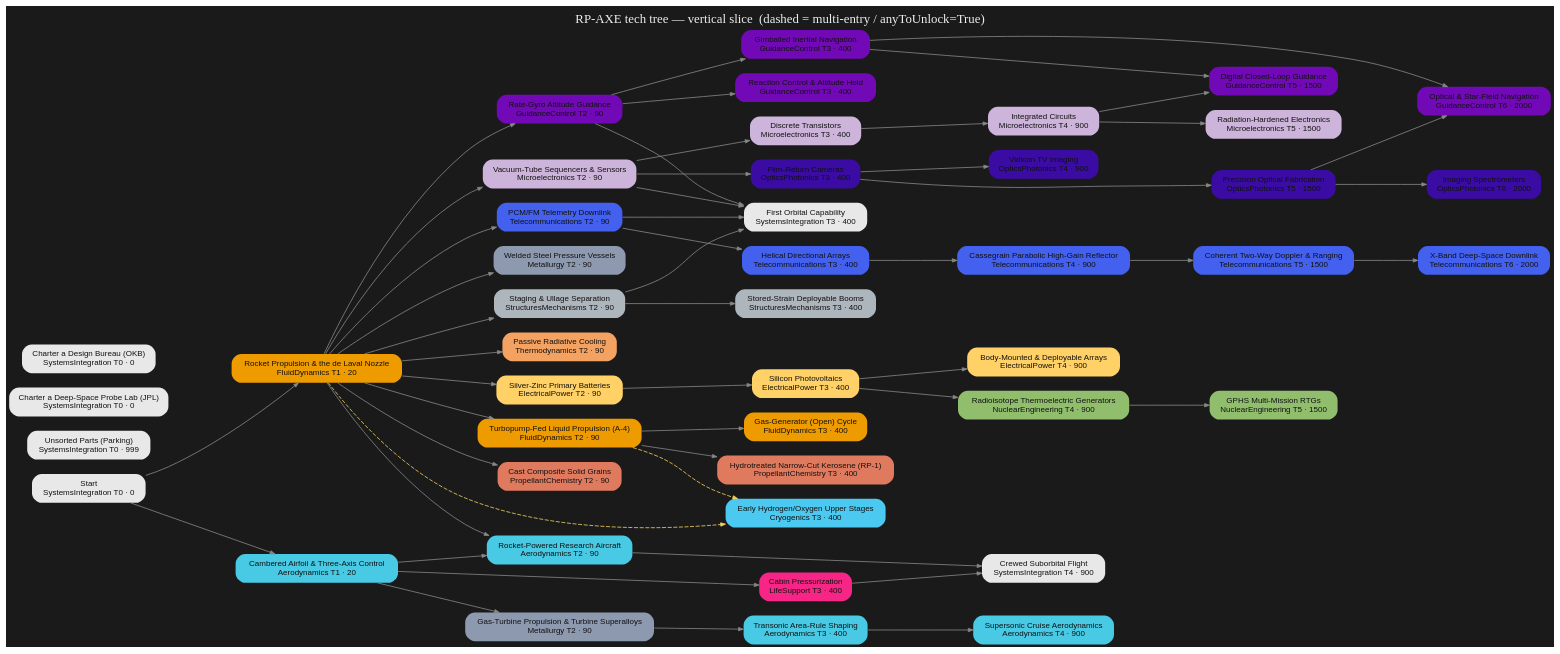
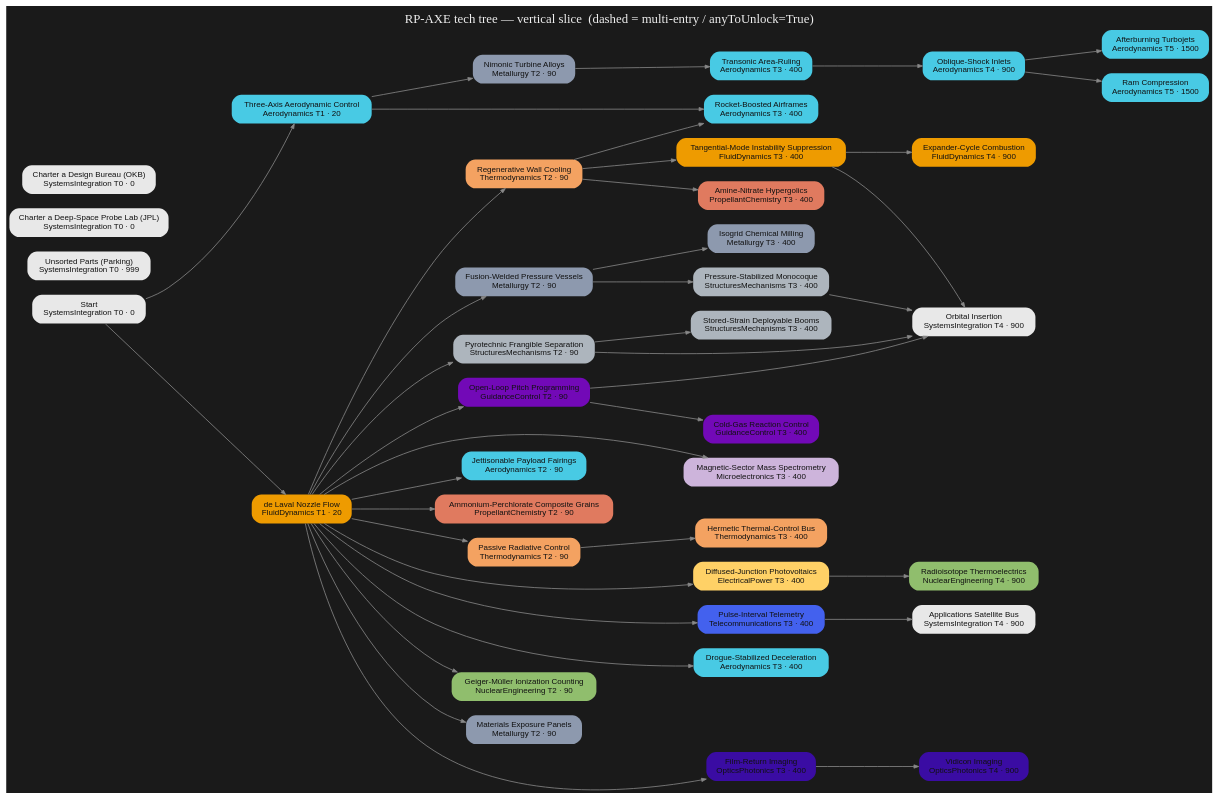
Before and after one commit to miskoltrans/RP-AXE: the diagram in tree/render/axe-tree.dot, drawn with Graphviz. The commit also changed 7 other files, not shown here.

```diff
--- a/tree/render/axe-tree.dot
+++ b/tree/render/axe-tree.dot
@@ -4,105 +4,86 @@
   edge[color="#888888",arrowsize=0.6];
   "start" [label="Start\nSystemsIntegration T0 · 0",fillcolor="#e8e8e8",fontcolor="#111111"];
   "parking" [label="Unsorted Parts (Parking)\nSystemsIntegration T0 · 999",fillcolor="#e8e8e8",fontcolor="#111111"];
-  "rocketryStart" [label="Rocket Propulsion & the de Laval Nozzle\nFluidDynamics T1 · 20",fillcolor="#ee9b00",fontcolor="#111111"];
-  "fd_turbopumpLiquid" [label="Turbopump-Fed Liquid Propulsion (A-4)\nFluidDynamics T2 · 90",fillcolor="#ee9b00",fontcolor="#111111"];
-  "pc_solidGrain" [label="Cast Composite Solid Grains\nPropellantChemistry T2 · 90",fillcolor="#e07a5f",fontcolor="#111111"];
-  "pc_kerosene" [label="Hydrotreated Narrow-Cut Kerosene (RP-1)\nPropellantChemistry T3 · 400",fillcolor="#e07a5f",fontcolor="#111111"];
-  "fd_gasGenerator" [label="Gas-Generator (Open) Cycle\nFluidDynamics T3 · 400",fillcolor="#ee9b00",fontcolor="#111111"];
-  "cryo_earlyHydrolox" [label="Early Hydrogen/Oxygen Upper Stages\nCryogenics T3 · 400",fillcolor="#4cc9f0",fontcolor="#111111"];
-  "str_stageSeparation" [label="Staging & Ullage Separation\nStructuresMechanisms T2 · 90",fillcolor="#adb5bd",fontcolor="#111111"];
-  "gnc_rateGyros" [label="Rate-Gyro Attitude Guidance\nGuidanceControl T2 · 90",fillcolor="#7209b7",fontcolor="#111111"];
-  "tel_pcmTelemetry" [label="PCM/FM Telemetry Downlink\nTelecommunications T2 · 90",fillcolor="#4361ee",fontcolor="#111111"];
-  "mic_vacuumTubes" [label="Vacuum-Tube Sequencers & Sensors\nMicroelectronics T2 · 90",fillcolor="#cdb4db",fontcolor="#111111"];
-  "met_weldedSteel" [label="Welded Steel Pressure Vessels\nMetallurgy T2 · 90",fillcolor="#8d99ae",fontcolor="#111111"];
-  "elec_silverZinc" [label="Silver-Zinc Primary Batteries\nElectricalPower T2 · 90",fillcolor="#ffd166",fontcolor="#111111"];
-  "elec_siliconPV" [label="Silicon Photovoltaics\nElectricalPower T3 · 400",fillcolor="#ffd166",fontcolor="#111111"];
-  "elec_bodyMountedArrays" [label="Body-Mounted & Deployable Arrays\nElectricalPower T4 · 900",fillcolor="#ffd166",fontcolor="#111111"];
-  "mic_transistor" [label="Discrete Transistors\nMicroelectronics T3 · 400",fillcolor="#cdb4db",fontcolor="#111111"];
-  "mic_integratedCircuit" [label="Integrated Circuits\nMicroelectronics T4 · 900",fillcolor="#cdb4db",fontcolor="#111111"];
-  "mic_radHardening" [label="Radiation-Hardened Electronics\nMicroelectronics T5 · 1500",fillcolor="#cdb4db",fontcolor="#111111"];
-  "tel_helicalDirectional" [label="Helical Directional Arrays\nTelecommunications T3 · 400",fillcolor="#4361ee",fontcolor="#111111"];
-  "tel_cassegrainHGA" [label="Cassegrain Parabolic High-Gain Reflector\nTelecommunications T4 · 900",fillcolor="#4361ee",fontcolor="#111111"];
-  "tel_dsnRanging" [label="Coherent Two-Way Doppler & Ranging\nTelecommunications T5 · 1500",fillcolor="#4361ee",fontcolor="#111111"];
-  "tel_xBandDownlink" [label="X-Band Deep-Space Downlink\nTelecommunications T6 · 2000",fillcolor="#4361ee",fontcolor="#111111"];
-  "gnc_reactionControl" [label="Reaction Control & Attitude Hold\nGuidanceControl T3 · 400",fillcolor="#7209b7",fontcolor="#111111"];
-  "gnc_inertialNav" [label="Gimballed Inertial Navigation\nGuidanceControl T3 · 400",fillcolor="#7209b7",fontcolor="#111111"];
-  "gnc_digitalGuidance" [label="Digital Closed-Loop Guidance\nGuidanceControl T5 · 1500",fillcolor="#7209b7",fontcolor="#111111"];
-  "gnc_opticalNav" [label="Optical & Star-Field Navigation\nGuidanceControl T6 · 2000",fillcolor="#7209b7",fontcolor="#111111"];
-  "opt_filmCameras" [label="Film-Return Cameras\nOpticsPhotonics T3 · 400",fillcolor="#3a0ca3",fontcolor="#111111"];
-  "opt_tvImaging" [label="Vidicon TV Imaging\nOpticsPhotonics T4 · 900",fillcolor="#3a0ca3",fontcolor="#111111"];
-  "opt_precisionOptics" [label="Precision Optical Fabrication\nOpticsPhotonics T5 · 1500",fillcolor="#3a0ca3",fontcolor="#111111"];
-  "opt_spectrometry" [label="Imaging Spectrometers\nOpticsPhotonics T6 · 2000",fillcolor="#3a0ca3",fontcolor="#111111"];
-  "th_passiveRadiators" [label="Passive Radiative Cooling\nThermodynamics T2 · 90",fillcolor="#f4a261",fontcolor="#111111"];
-  "nuc_rtg" [label="Radioisotope Thermoelectric Generators\nNuclearEngineering T4 · 900",fillcolor="#90be6d",fontcolor="#111111"];
-  "nuc_rtgAdvanced" [label="GPHS Multi-Mission RTGs\nNuclearEngineering T5 · 1500",fillcolor="#90be6d",fontcolor="#111111"];
-  "str_deployableBooms" [label="Stored-Strain Deployable Booms\nStructuresMechanisms T3 · 400",fillcolor="#adb5bd",fontcolor="#111111"];
-  "int_firstOrbit" [label="First Orbital Capability\nSystemsIntegration T3 · 400",fillcolor="#e8e8e8",fontcolor="#111111"];
   "hire_JPL" [label="Charter a Deep-Space Probe Lab (JPL)\nSystemsIntegration T0 · 0",fillcolor="#e8e8e8",fontcolor="#111111"];
   "hire_OKB" [label="Charter a Design Bureau (OKB)\nSystemsIntegration T0 · 0",fillcolor="#e8e8e8",fontcolor="#111111"];
-  "xplaneStart" [label="Cambered Airfoil & Three-Axis Control\nAerodynamics T1 · 20",fillcolor="#48cae4",fontcolor="#111111"];
-  "met_turbojet" [label="Gas-Turbine Propulsion & Turbine Superalloys\nMetallurgy T2 · 90",fillcolor="#8d99ae",fontcolor="#111111"];
-  "aero_transonicFlight" [label="Transonic Area-Rule Shaping\nAerodynamics T3 · 400",fillcolor="#48cae4",fontcolor="#111111"];
-  "aero_supersonicCruise" [label="Supersonic Cruise Aerodynamics\nAerodynamics T4 · 900",fillcolor="#48cae4",fontcolor="#111111"];
-  "aero_rocketplane" [label="Rocket-Powered Research Aircraft\nAerodynamics T2 · 90",fillcolor="#48cae4",fontcolor="#111111"];
-  "life_pressurizedCabin" [label="Cabin Pressurization\nLifeSupport T3 · 400",fillcolor="#f72585",fontcolor="#111111"];
-  "int_crewedSuborbital" [label="Crewed Suborbital Flight\nSystemsIntegration T4 · 900",fillcolor="#e8e8e8",fontcolor="#111111"];
+  "rocketryStart" [label="de Laval Nozzle Flow\nFluidDynamics T1 · 20",fillcolor="#ee9b00",fontcolor="#111111"];
+  "th_regenCooling" [label="Regenerative Wall Cooling\nThermodynamics T2 · 90",fillcolor="#f4a261",fontcolor="#111111"];
+  "fd_combustionStability" [label="Tangential-Mode Instability Suppression\nFluidDynamics T3 · 400",fillcolor="#ee9b00",fontcolor="#111111"];
+  "pc_hypergolics" [label="Amine-Nitrate Hypergolics\nPropellantChemistry T3 · 400",fillcolor="#e07a5f",fontcolor="#111111"];
+  "fd_expanderCycle" [label="Expander-Cycle Combustion\nFluidDynamics T4 · 900",fillcolor="#ee9b00",fontcolor="#111111"];
+  "pc_solidGrains" [label="Ammonium-Perchlorate Composite Grains\nPropellantChemistry T2 · 90",fillcolor="#e07a5f",fontcolor="#111111"];
+  "met_weldedTank" [label="Fusion-Welded Pressure Vessels\nMetallurgy T2 · 90",fillcolor="#8d99ae",fontcolor="#111111"];
+  "met_isogrid" [label="Isogrid Chemical Milling\nMetallurgy T3 · 400",fillcolor="#8d99ae",fontcolor="#111111"];
+  "str_balloonTank" [label="Pressure-Stabilized Monocoque\nStructuresMechanisms T3 · 400",fillcolor="#adb5bd",fontcolor="#111111"];
+  "str_staging" [label="Pyrotechnic Frangible Separation\nStructuresMechanisms T2 · 90",fillcolor="#adb5bd",fontcolor="#111111"];
+  "gnc_pitchProgram" [label="Open-Loop Pitch Programming\nGuidanceControl T2 · 90",fillcolor="#7209b7",fontcolor="#111111"];
+  "int_orbitalInsertion" [label="Orbital Insertion\nSystemsIntegration T4 · 900",fillcolor="#e8e8e8",fontcolor="#111111"];
+  "th_radiativeControl" [label="Passive Radiative Control\nThermodynamics T2 · 90",fillcolor="#f4a261",fontcolor="#111111"];
+  "th_hermeticBus" [label="Hermetic Thermal-Control Bus\nThermodynamics T3 · 400",fillcolor="#f4a261",fontcolor="#111111"];
+  "elec_siliconPV" [label="Diffused-Junction Photovoltaics\nElectricalPower T3 · 400",fillcolor="#ffd166",fontcolor="#111111"];
+  "nuc_rtg" [label="Radioisotope Thermoelectrics\nNuclearEngineering T4 · 900",fillcolor="#90be6d",fontcolor="#111111"];
+  "tel_telemetry" [label="Pulse-Interval Telemetry\nTelecommunications T3 · 400",fillcolor="#4361ee",fontcolor="#111111"];
+  "gnc_rcs" [label="Cold-Gas Reaction Control\nGuidanceControl T3 · 400",fillcolor="#7209b7",fontcolor="#111111"];
+  "aero_recovery" [label="Drogue-Stabilized Deceleration\nAerodynamics T3 · 400",fillcolor="#48cae4",fontcolor="#111111"];
+  "nuc_geiger" [label="Geiger-Müller Ionization Counting\nNuclearEngineering T2 · 90",fillcolor="#90be6d",fontcolor="#111111"];
+  "met_exposurePanels" [label="Materials Exposure Panels\nMetallurgy T2 · 90",fillcolor="#8d99ae",fontcolor="#111111"];
+  "opt_filmReturn" [label="Film-Return Imaging\nOpticsPhotonics T3 · 400",fillcolor="#3a0ca3",fontcolor="#111111"];
+  "opt_vidicon" [label="Vidicon Imaging\nOpticsPhotonics T4 · 900",fillcolor="#3a0ca3",fontcolor="#111111"];
+  "mic_massSpec" [label="Magnetic-Sector Mass Spectrometry\nMicroelectronics T3 · 400",fillcolor="#cdb4db",fontcolor="#111111"];
+  "str_booms" [label="Stored-Strain Deployable Booms\nStructuresMechanisms T3 · 400",fillcolor="#adb5bd",fontcolor="#111111"];
+  "int_applicationsSat" [label="Applications Satellite Bus\nSystemsIntegration T4 · 900",fillcolor="#e8e8e8",fontcolor="#111111"];
+  "xplaneStart" [label="Three-Axis Aerodynamic Control\nAerodynamics T1 · 20",fillcolor="#48cae4",fontcolor="#111111"];
+  "met_turbineAlloys" [label="Nimonic Turbine Alloys\nMetallurgy T2 · 90",fillcolor="#8d99ae",fontcolor="#111111"];
+  "aero_areaRule" [label="Transonic Area-Ruling\nAerodynamics T3 · 400",fillcolor="#48cae4",fontcolor="#111111"];
+  "aero_shockInlets" [label="Oblique-Shock Inlets\nAerodynamics T4 · 900",fillcolor="#48cae4",fontcolor="#111111"];
+  "aero_afterburner" [label="Afterburning Turbojets\nAerodynamics T5 · 1500",fillcolor="#48cae4",fontcolor="#111111"];
+  "aero_ramjet" [label="Ram Compression\nAerodynamics T5 · 1500",fillcolor="#48cae4",fontcolor="#111111"];
+  "aero_rocketplane" [label="Rocket-Boosted Airframes\nAerodynamics T3 · 400",fillcolor="#48cae4",fontcolor="#111111"];
+  "aero_fairings" [label="Jettisonable Payload Fairings\nAerodynamics T2 · 90",fillcolor="#48cae4",fontcolor="#111111"];
   { rank=same; "start" "parking" "hire_JPL" "hire_OKB" }
   { rank=same; "rocketryStart" "xplaneStart" }
-  { rank=same; "fd_turbopumpLiquid" "pc_solidGrain" "str_stageSeparation" "gnc_rateGyros" "tel_pcmTelemetry" "mic_vacuumTubes" "met_weldedSteel" "elec_silverZinc" "th_passiveRadiators" "met_turbojet" "aero_rocketplane" }
-  { rank=same; "pc_kerosene" "fd_gasGenerator" "cryo_earlyHydrolox" "elec_siliconPV" "mic_transistor" "tel_helicalDirectional" "gnc_reactionControl" "gnc_inertialNav" "opt_filmCameras" "str_deployableBooms" "int_firstOrbit" "aero_transonicFlight" "life_pressurizedCabin" }
-  { rank=same; "elec_bodyMountedArrays" "mic_integratedCircuit" "tel_cassegrainHGA" "opt_tvImaging" "nuc_rtg" "aero_supersonicCruise" "int_crewedSuborbital" }
-  { rank=same; "mic_radHardening" "tel_dsnRanging" "gnc_digitalGuidance" "opt_precisionOptics" "nuc_rtgAdvanced" }
-  { rank=same; "tel_xBandDownlink" "gnc_opticalNav" "opt_spectrometry" }
+  { rank=same; "th_regenCooling" "pc_solidGrains" "met_weldedTank" "str_staging" "gnc_pitchProgram" "th_radiativeControl" "nuc_geiger" "met_exposurePanels" "met_turbineAlloys" "aero_fairings" }
+  { rank=same; "fd_combustionStability" "pc_hypergolics" "met_isogrid" "str_balloonTank" "th_hermeticBus" "elec_siliconPV" "tel_telemetry" "gnc_rcs" "aero_recovery" "opt_filmReturn" "mic_massSpec" "str_booms" "aero_areaRule" "aero_rocketplane" }
+  { rank=same; "fd_expanderCycle" "int_orbitalInsertion" "nuc_rtg" "opt_vidicon" "int_applicationsSat" "aero_shockInlets" }
+  { rank=same; "aero_afterburner" "aero_ramjet" }
   "start" -> "rocketryStart" [style=solid];
-  "rocketryStart" -> "fd_turbopumpLiquid" [style=solid];
-  "rocketryStart" -> "pc_solidGrain" [style=solid];
-  "fd_turbopumpLiquid" -> "pc_kerosene" [style=solid];
-  "fd_turbopumpLiquid" -> "fd_gasGenerator" [style=solid];
-  "rocketryStart" -> "cryo_earlyHydrolox" [style=dashed,color="#f4d35e"];
-  "fd_turbopumpLiquid" -> "cryo_earlyHydrolox" [style=dashed,color="#f4d35e"];
-  "rocketryStart" -> "str_stageSeparation" [style=solid];
-  "rocketryStart" -> "gnc_rateGyros" [style=solid];
-  "rocketryStart" -> "tel_pcmTelemetry" [style=solid];
-  "rocketryStart" -> "mic_vacuumTubes" [style=solid];
-  "rocketryStart" -> "met_weldedSteel" [style=solid];
-  "rocketryStart" -> "elec_silverZinc" [style=solid];
-  "elec_silverZinc" -> "elec_siliconPV" [style=solid];
-  "elec_siliconPV" -> "elec_bodyMountedArrays" [style=solid];
-  "mic_vacuumTubes" -> "mic_transistor" [style=solid];
-  "mic_transistor" -> "mic_integratedCircuit" [style=solid];
-  "mic_integratedCircuit" -> "mic_radHardening" [style=solid];
-  "tel_pcmTelemetry" -> "tel_helicalDirectional" [style=solid];
-  "tel_helicalDirectional" -> "tel_cassegrainHGA" [style=solid];
-  "tel_cassegrainHGA" -> "tel_dsnRanging" [style=solid];
-  "tel_dsnRanging" -> "tel_xBandDownlink" [style=solid];
-  "gnc_rateGyros" -> "gnc_reactionControl" [style=solid];
-  "gnc_rateGyros" -> "gnc_inertialNav" [style=solid];
-  "gnc_inertialNav" -> "gnc_digitalGuidance" [style=solid];
-  "mic_integratedCircuit" -> "gnc_digitalGuidance" [style=solid];
-  "gnc_inertialNav" -> "gnc_opticalNav" [style=solid];
-  "opt_precisionOptics" -> "gnc_opticalNav" [style=solid];
-  "mic_vacuumTubes" -> "opt_filmCameras" [style=solid];
-  "opt_filmCameras" -> "opt_tvImaging" [style=solid];
-  "opt_filmCameras" -> "opt_precisionOptics" [style=solid];
-  "opt_precisionOptics" -> "opt_spectrometry" [style=solid];
-  "rocketryStart" -> "th_passiveRadiators" [style=solid];
+  "rocketryStart" -> "th_regenCooling" [style=solid];
+  "th_regenCooling" -> "fd_combustionStability" [style=solid];
+  "th_regenCooling" -> "pc_hypergolics" [style=solid];
+  "fd_combustionStability" -> "fd_expanderCycle" [style=solid];
+  "rocketryStart" -> "pc_solidGrains" [style=solid];
+  "rocketryStart" -> "met_weldedTank" [style=solid];
+  "met_weldedTank" -> "met_isogrid" [style=solid];
+  "met_weldedTank" -> "str_balloonTank" [style=solid];
+  "rocketryStart" -> "str_staging" [style=solid];
+  "rocketryStart" -> "gnc_pitchProgram" [style=solid];
+  "fd_combustionStability" -> "int_orbitalInsertion" [style=solid];
+  "str_balloonTank" -> "int_orbitalInsertion" [style=solid];
+  "str_staging" -> "int_orbitalInsertion" [style=solid];
+  "gnc_pitchProgram" -> "int_orbitalInsertion" [style=solid];
+  "rocketryStart" -> "th_radiativeControl" [style=solid];
+  "th_radiativeControl" -> "th_hermeticBus" [style=solid];
+  "rocketryStart" -> "elec_siliconPV" [style=solid];
   "elec_siliconPV" -> "nuc_rtg" [style=solid];
-  "nuc_rtg" -> "nuc_rtgAdvanced" [style=solid];
-  "str_stageSeparation" -> "str_deployableBooms" [style=solid];
-  "str_stageSeparation" -> "int_firstOrbit" [style=solid];
-  "gnc_rateGyros" -> "int_firstOrbit" [style=solid];
-  "tel_pcmTelemetry" -> "int_firstOrbit" [style=solid];
-  "mic_vacuumTubes" -> "int_firstOrbit" [style=solid];
+  "rocketryStart" -> "tel_telemetry" [style=solid];
+  "gnc_pitchProgram" -> "gnc_rcs" [style=solid];
+  "rocketryStart" -> "aero_recovery" [style=solid];
+  "rocketryStart" -> "nuc_geiger" [style=solid];
+  "rocketryStart" -> "met_exposurePanels" [style=solid];
+  "rocketryStart" -> "opt_filmReturn" [style=solid];
+  "opt_filmReturn" -> "opt_vidicon" [style=solid];
+  "rocketryStart" -> "mic_massSpec" [style=solid];
+  "str_staging" -> "str_booms" [style=solid];
+  "tel_telemetry" -> "int_applicationsSat" [style=solid];
   "start" -> "xplaneStart" [style=solid];
-  "xplaneStart" -> "met_turbojet" [style=solid];
-  "met_turbojet" -> "aero_transonicFlight" [style=solid];
-  "aero_transonicFlight" -> "aero_supersonicCruise" [style=solid];
+  "xplaneStart" -> "met_turbineAlloys" [style=solid];
+  "met_turbineAlloys" -> "aero_areaRule" [style=solid];
+  "aero_areaRule" -> "aero_shockInlets" [style=solid];
+  "aero_shockInlets" -> "aero_afterburner" [style=solid];
+  "aero_shockInlets" -> "aero_ramjet" [style=solid];
   "xplaneStart" -> "aero_rocketplane" [style=solid];
-  "rocketryStart" -> "aero_rocketplane" [style=solid];
-  "xplaneStart" -> "life_pressurizedCabin" [style=solid];
-  "aero_rocketplane" -> "int_crewedSuborbital" [style=solid];
-  "life_pressurizedCabin" -> "int_crewedSuborbital" [style=solid];
+  "th_regenCooling" -> "aero_rocketplane" [style=solid];
+  "rocketryStart" -> "aero_fairings" [style=solid];
   labelloc="t"; fontcolor="#eeeeee"; fontsize=16;
   label="RP-AXE tech tree — vertical slice  (dashed = multi-entry / anyToUnlock=True)";
 }
```
